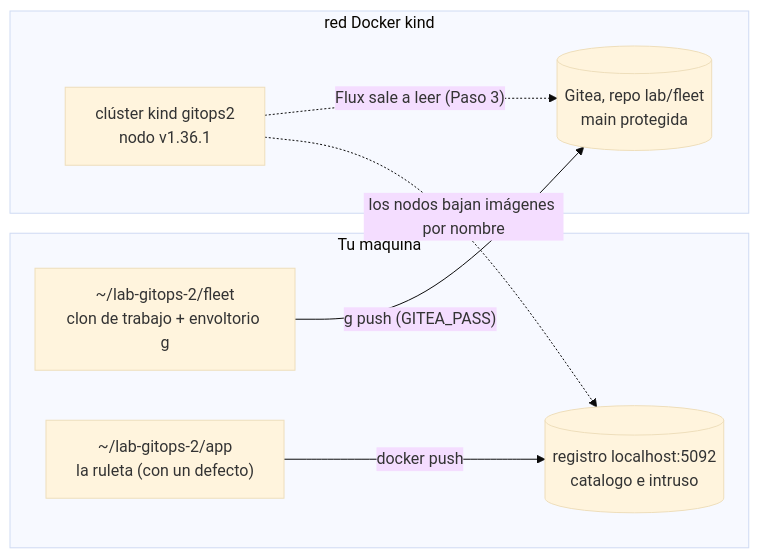
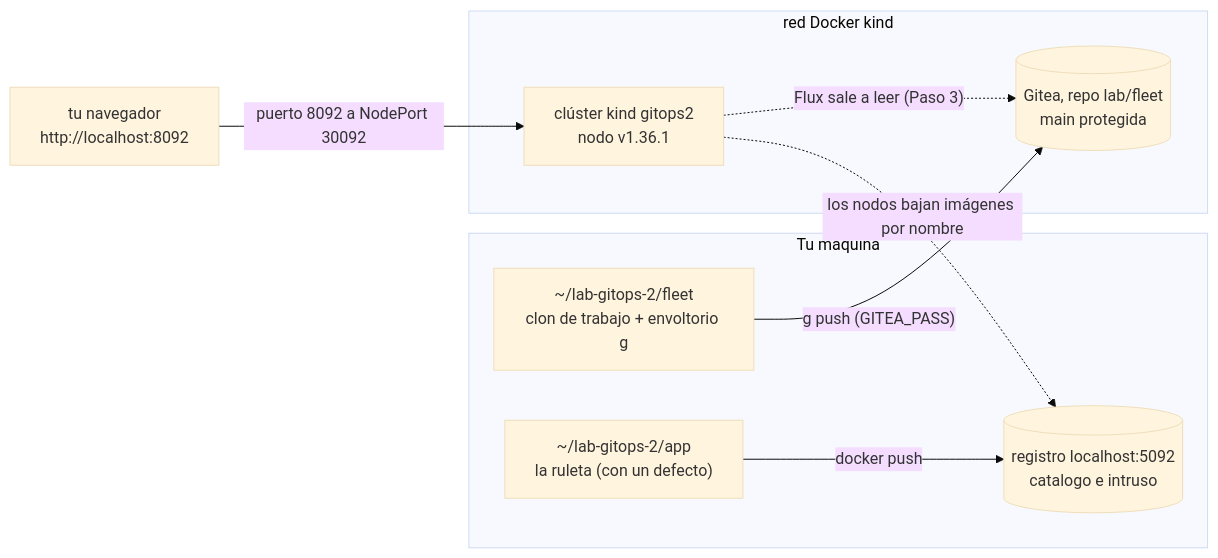
The second of 6 diagrams in modulo8/laboratorio-gitops-2.md (lfarizav/topicos-especiales), drawn with Mermaid (base theme) before and after one commit. The commit also changed other lines of this file and 2 other files, not shown here.

First line of the commit message:
feat(modulo8): la ruleta del laboratorio GitOps 2 se ve en el navegador (NodePort 30092 en localhost:8092)

````diff
--- a/modulo8/laboratorio-gitops-2.md
+++ b/modulo8/laboratorio-gitops-2.md
@@ -149,16 +149,17 @@
 ```mermaid
 flowchart LR
   subgraph HOST["Tu máquina"]
     A["~/lab-gitops-2/app<br/>la ruleta (con un defecto)"]
     G["~/lab-gitops-2/fleet<br/>clon de trabajo + envoltorio g"]
     R[("registro localhost:5092<br/>catalogo e intruso")]
   end
   subgraph RED["red Docker kind"]
     GT[("Gitea, repo lab/fleet<br/>main protegida")]
     N["clúster kind gitops2<br/>nodo v1.36.1"]
   end
+  B["tu navegador<br/>http://localhost:8092"] -->|"puerto 8092 a NodePort 30092"| N
   A -->|"docker push"| R
   G -->|"g push (GITEA_PASS)"| GT
   N -.->|"Flux sale a leer (Paso 3)"| GT
   N -.->|"los nodos bajan imágenes por nombre"| R
 ```
````
